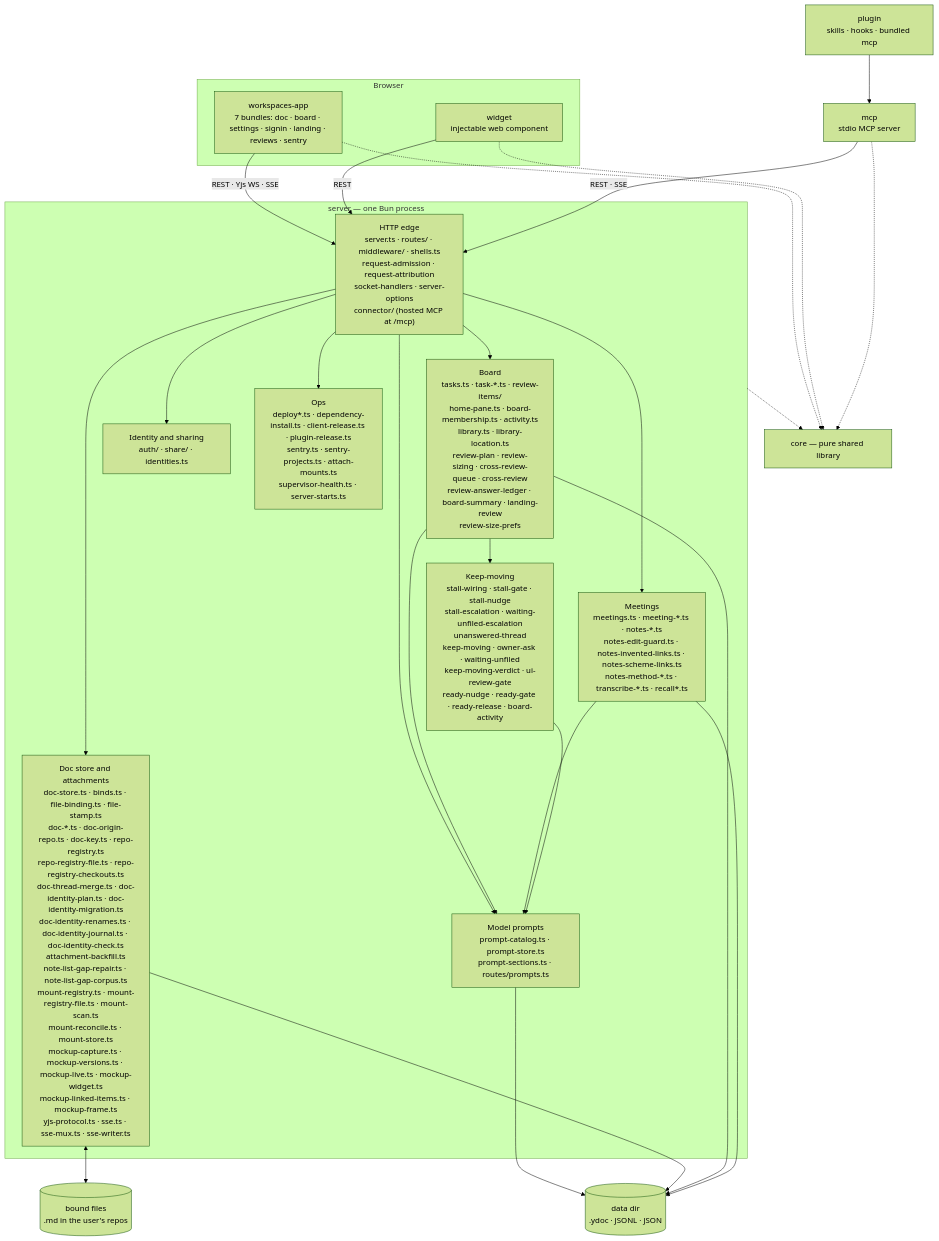
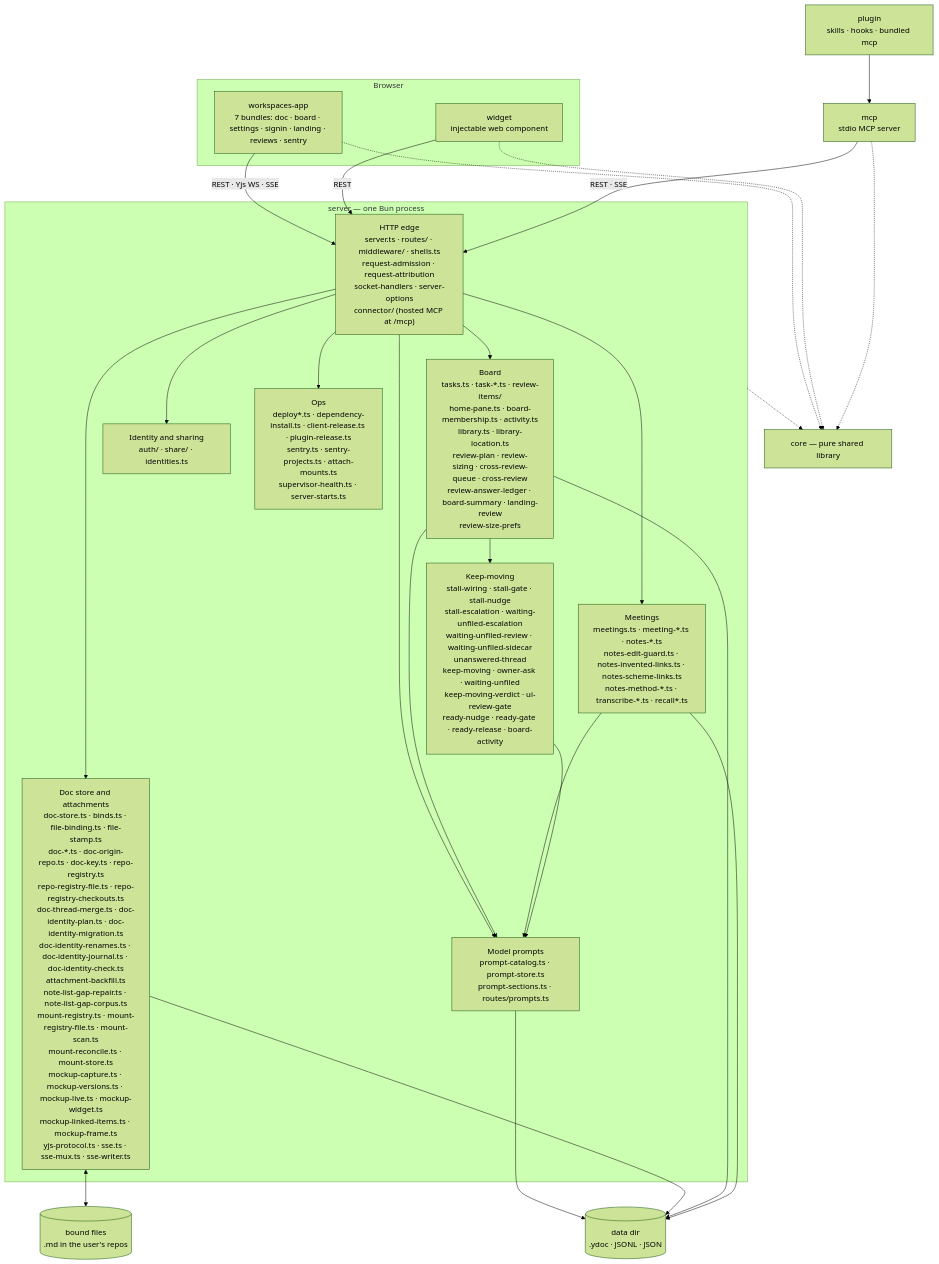
Before and after one commit to fryanpan/claude-workspaces-plugin: the first of 2 diagrams in docs/architecture/overview.md, drawn with Mermaid (forest theme). The commit also changed other lines of this file and 9 other files, not shown here.

````diff
--- a/docs/architecture/overview.md
+++ b/docs/architecture/overview.md
@@ -45,35 +45,35 @@
 ```mermaid
 flowchart TB
   subgraph browser[Browser]
     app["workspaces-app<br/>7 bundles: doc · board · settings · signin · landing · reviews · sentry"]
     wid["widget<br/>injectable web component"]
   end
   plug["plugin<br/>skills · hooks · bundled mcp"]
   mcp["mcp<br/>stdio MCP server"]
   subgraph srv["server — one Bun process"]
     edge["HTTP edge<br/>server.ts · routes/ · middleware/ · shells.ts<br/>request-admission · request-attribution<br/>socket-handlers · server-options<br/>connector/ (hosted MCP at /mcp)"]
     docs["Doc store and attachments<br/>doc-store.ts · binds.ts · file-binding.ts · file-stamp.ts<br/>doc-*.ts · doc-origin-repo.ts · doc-key.ts · repo-registry.ts<br/>repo-registry-file.ts · repo-registry-checkouts.ts<br/>doc-thread-merge.ts · doc-identity-plan.ts · doc-identity-migration.ts<br/>doc-identity-renames.ts · doc-identity-journal.ts · doc-identity-check.ts<br/>attachment-backfill.ts<br/>note-list-gap-repair.ts · note-list-gap-corpus.ts<br/>mount-registry.ts · mount-registry-file.ts · mount-scan.ts<br/>mount-reconcile.ts · mount-store.ts<br/>mockup-capture.ts · mockup-versions.ts · mockup-live.ts · mockup-widget.ts<br/>mockup-linked-items.ts · mockup-frame.ts<br/>yjs-protocol.ts · sse.ts · sse-mux.ts · sse-writer.ts"]
     board["Board<br/>tasks.ts · task-*.ts · review-items/<br/>home-pane.ts · board-membership.ts · activity.ts<br/>library.ts · library-location.ts<br/>review-plan · review-sizing · cross-review-queue · cross-review<br/>review-answer-ledger · board-summary · landing-review<br/>review-size-prefs"]
     meet["Meetings<br/>meetings.ts · meeting-*.ts · notes-*.ts<br/>notes-edit-guard.ts · notes-invented-links.ts · notes-scheme-links.ts<br/>notes-method-*.ts · transcribe-*.ts · recall*.ts"]
-    keep["Keep-moving<br/>stall-wiring · stall-gate · stall-nudge<br/>stall-escalation · waiting-unfiled-escalation<br/>unanswered-thread<br/>keep-moving · owner-ask · waiting-unfiled<br/>keep-moving-verdict · ui-review-gate<br/>ready-nudge · ready-gate · ready-release · board-activity"]
+    keep["Keep-moving<br/>stall-wiring · stall-gate · stall-nudge<br/>stall-escalation · waiting-unfiled-escalation<br/>waiting-unfiled-review · waiting-unfiled-sidecar<br/>unanswered-thread<br/>keep-moving · owner-ask · waiting-unfiled<br/>keep-moving-verdict · ui-review-gate<br/>ready-nudge · ready-gate · ready-release · board-activity"]
     ident["Identity and sharing<br/>auth/ · share/ · identities.ts"]
     prompts["Model prompts<br/>prompt-catalog.ts · prompt-store.ts<br/>prompt-sections.ts · routes/prompts.ts"]
     ops["Ops<br/>deploy*.ts · dependency-install.ts · client-release.ts · plugin-release.ts<br/>sentry.ts · sentry-projects.ts · attach-mounts.ts<br/>supervisor-health.ts · server-starts.ts"]
   end
   core["core — pure shared library"]
   disk[("data dir<br/>.ydoc · JSONL · JSON")]
   files[("bound files<br/>.md in the user's repos")]
 
   app -->|"REST · Yjs WS · SSE"| edge
   wid -->|REST| edge
   plug --> mcp
   mcp -->|"REST · SSE"| edge
   edge --> docs & board & meet & ident & ops & prompts
   board & meet & keep --> prompts
   prompts --> disk
   board --> keep
   docs <--> files
   docs & board & meet --> disk
   app & wid & mcp -.-> core
   srv -.-> core
 ```
````
